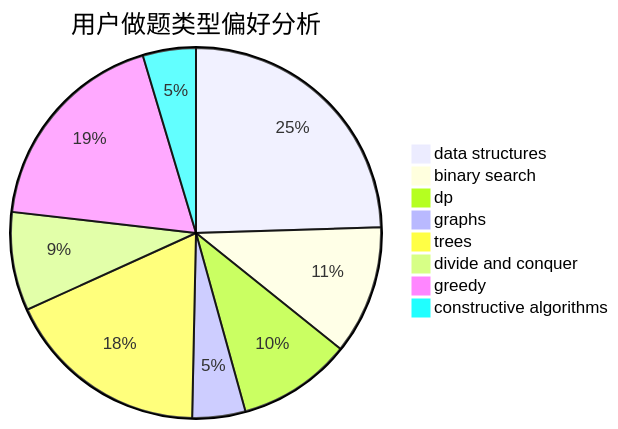
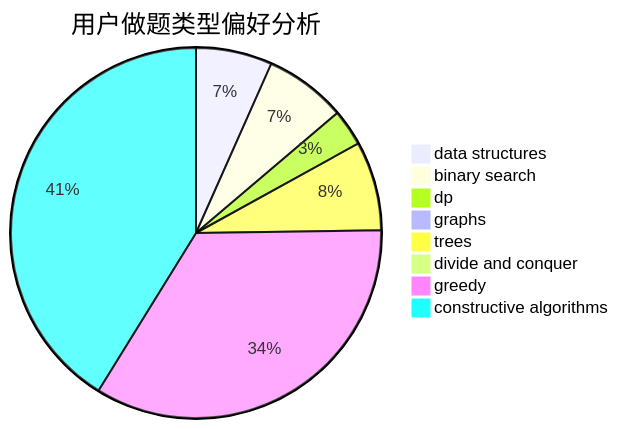
The second of 3 diagrams in docs/user/u951.md (sherpahu/cfrs.github.io), drawn with Mermaid before and after one commit. The commit also changed other lines of this file and 2770 other files, not shown here.

````diff
--- a/docs/user/u951.md
+++ b/docs/user/u951.md
@@ -23,11 +23,11 @@
 ```mermaid
 pie title 用户做题类型偏好分析
-    "data structures" :  37
-    "binary search" :  17
-    "dp" :  15
-    "graphs" :  7
-    "trees" :  27
-    "divide and conquer" :  13
-    "greedy" :  28
-    "constructive algorithms" :  7
+    "data structures" :  71
+    "binary search" :  76
+    "dp" :  34
+    "graphs" :  9
+    "trees" :  83
+    "divide and conquer" :  0
+    "greedy" :  363
+    "constructive algorithms" :  439
 ```
````
